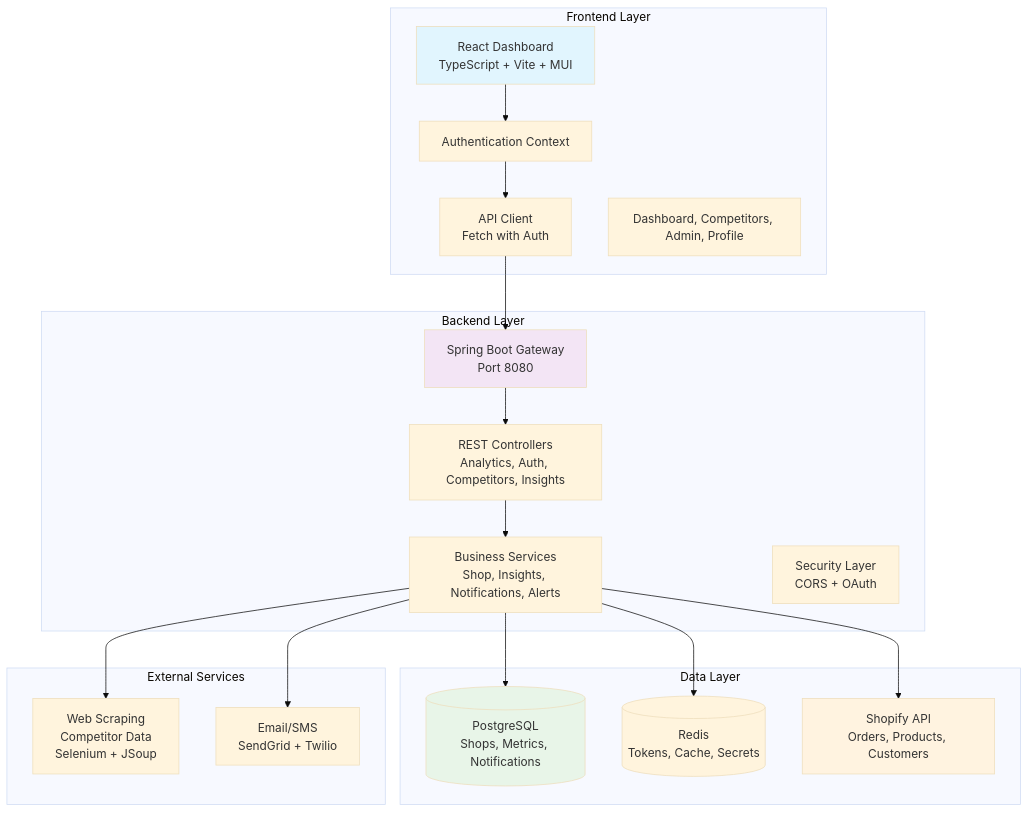
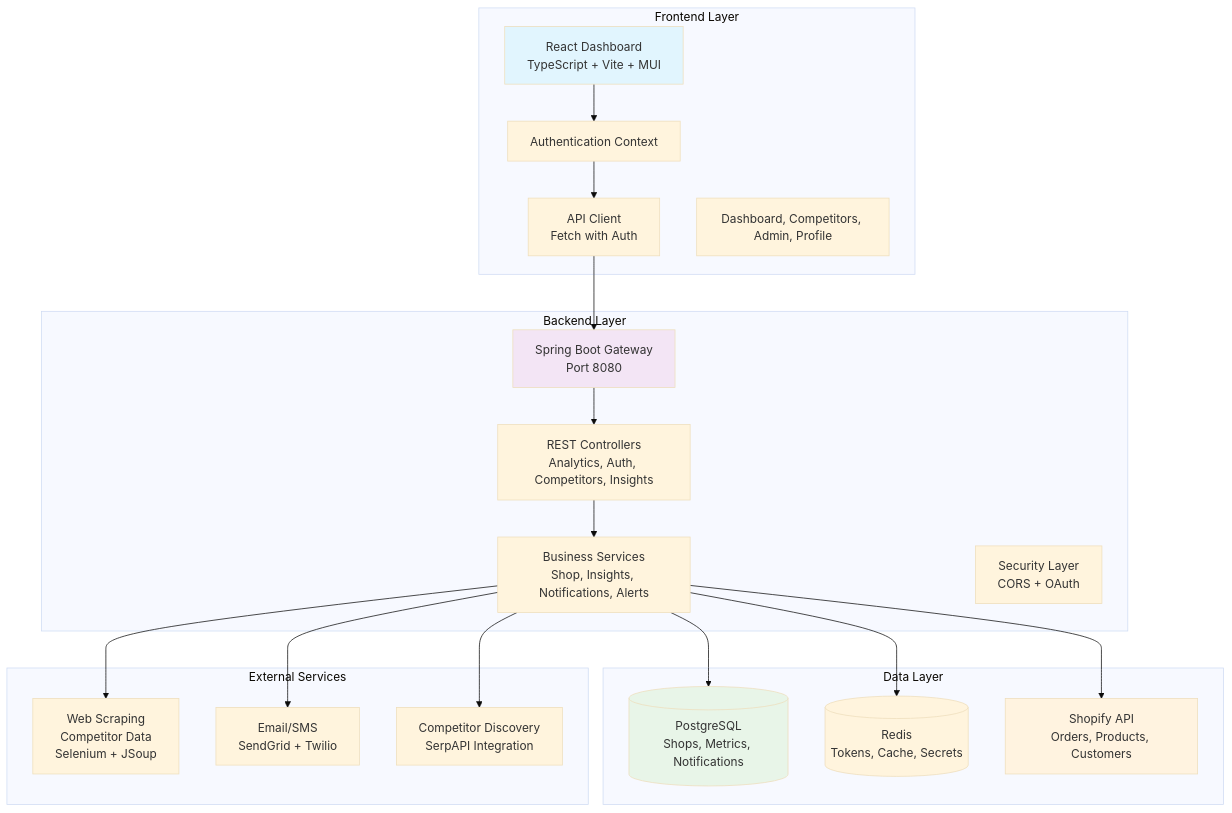
Before and after one commit to teja230/storesight: the first of 4 diagrams in README.md, drawn with Mermaid (base theme). The commit also changed other lines of this file and 9 other files, not shown here.

````diff
--- a/README.md
+++ b/README.md
@@ -11,43 +11,45 @@
 ```mermaid
 graph TB
     subgraph "Frontend Layer"
         UI[React Dashboard<br/>TypeScript + Vite + MUI]
         Auth[Authentication Context]
         API[API Client<br/>Fetch with Auth]
         Pages[Dashboard, Competitors, Admin, Profile]
     end
     
     subgraph "Backend Layer"
         Gateway[Spring Boot Gateway<br/>Port 8080]
         Controllers[REST Controllers<br/>Analytics, Auth, Competitors, Insights]
         Services[Business Services<br/>Shop, Insights, Notifications, Alerts]
         Security[Security Layer<br/>CORS + OAuth]
     end
     
     subgraph "Data Layer"
         PostgreSQL[(PostgreSQL<br/>Shops, Metrics, Notifications)]
         Redis[(Redis<br/>Tokens, Cache, Secrets)]
         Shopify[Shopify API<br/>Orders, Products, Customers]
     end
     
     subgraph "External Services"
         Competitors[Web Scraping<br/>Competitor Data<br/>Selenium + JSoup]
         Notifications[Email/SMS<br/>SendGrid + Twilio]
+        Discovery[Competitor Discovery<br/>SerpAPI Integration]
     end
     
     UI --> Auth
     Auth --> API
     API --> Gateway
     Gateway --> Controllers
     Controllers --> Services
     Services --> PostgreSQL
     Services --> Redis
     Services --> Shopify
     Services --> Competitors
     Services --> Notifications
+    Services --> Discovery
     
     style UI fill:#e1f5fe
     style Gateway fill:#f3e5f5
     style PostgreSQL fill:#e8f5e8
     style Shopify fill:#fff3e0
 ``` 
````
